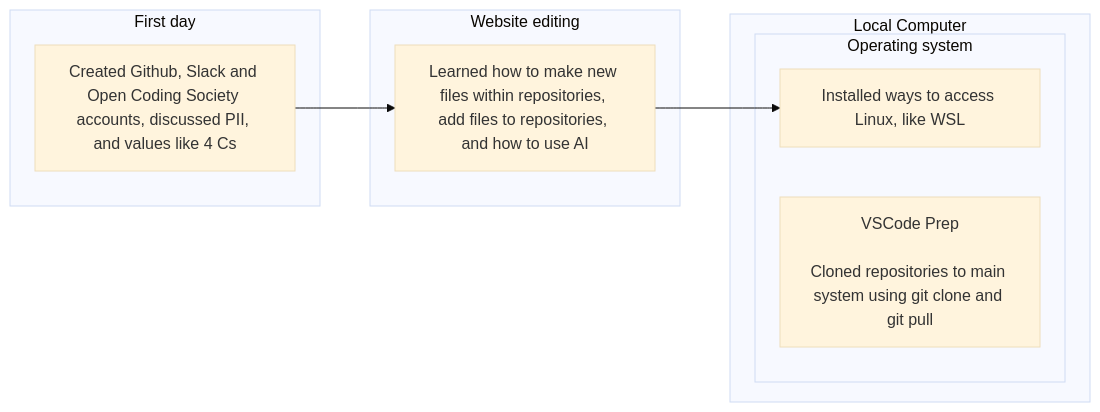
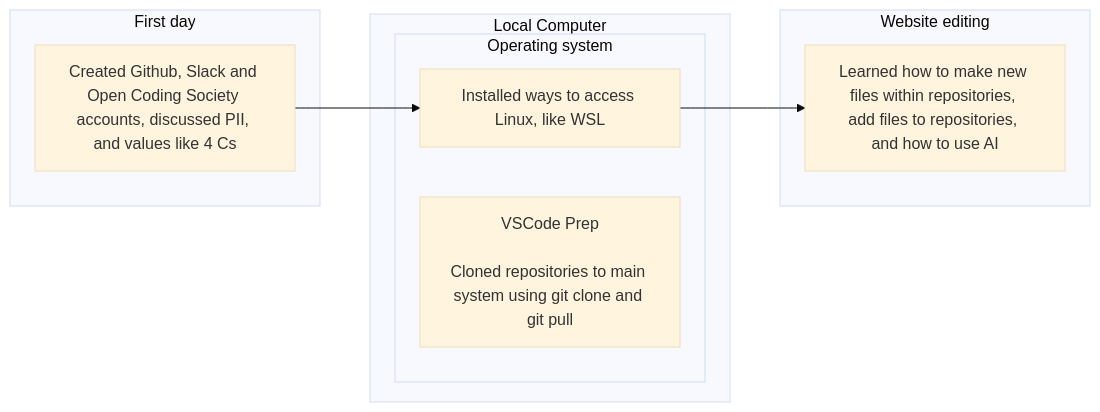
Before and after one commit to rsharma5128/student: the second of 2 diagrams in navigation/journey.md, drawn with Mermaid (base theme).

Commit message:
fixing chronological order

````diff
--- a/navigation/journey.md
+++ b/navigation/journey.md
@@ -59,26 +59,26 @@
 ```mermaid
 flowchart LR
     %% GitHub Sources
     subgraph GitHub_Pages[First day]
         A[Created Github, Slack and Open Coding Society accounts, discussed PII, and values like 4 Cs]:::repo
     end
 
     subgraph GitHub_Template[Website editing]
         T[Learned how to make new files within repositories, add files to repositories, and how to use AI]:::repo
     end
 
 
     %% Operating system
     subgraph Local[Local Computer]
         subgraph opencs_dir[Operating system]
             C[Installed ways to access Linux, like WSL]:::local
             Ccmd[VSCode Prep<br/><br/>Cloned repositories to main system using git clone and git pull]:::cmd
         end
         
     end
 
     %% Arrows: cloning
-    A --> T
-    T --> C
+    A --> C
+    C --> T
 
 ```
````
